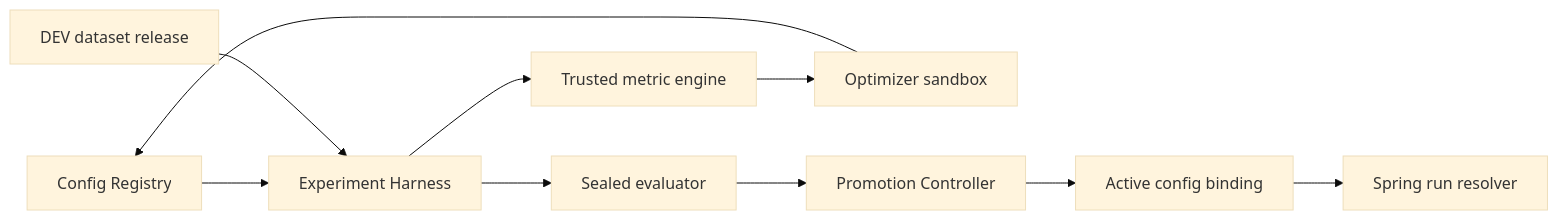
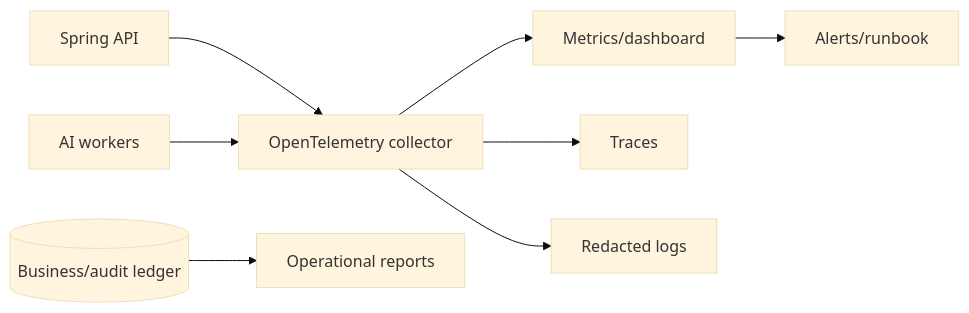
Diagram 20 of 31 in docs/DOC-04-architecture.md (AI20K-VGR/contract-intelligence-core), drawn with Mermaid (base theme) before and after one commit. The commit also changed other lines of this file and 59 other files, not shown here.

Commit message:
docs: consolidate architecture and IDP documentation

````diff
--- a/docs/DOC-04-architecture.md
+++ b/docs/DOC-04-architecture.md
@@ -156,12 +447,10 @@
 ```mermaid
 flowchart LR
-  CR[Config Registry] --> EH[Experiment Harness]
-  DS[DEV dataset release] --> EH
-  EH --> ME[Trusted metric engine]
-  ME --> OA[Optimizer sandbox]
-  OA --> CR
-  EH --> SE[Sealed evaluator]
-  SE --> PG[Promotion Controller]
-  PG --> RB[Active config binding]
-  RB --> API[Spring run resolver]
+  API[Spring API] --> OTEL[OpenTelemetry collector]
+  AI[AI workers] --> OTEL
+  OTEL --> MET[Metrics/dashboard]
+  OTEL --> TRACE[Traces]
+  OTEL --> LOG[Redacted logs]
+  DB[(Business/audit ledger)] --> REP[Operational reports]
+  MET --> ALERT[Alerts/runbook]
 ```
````
